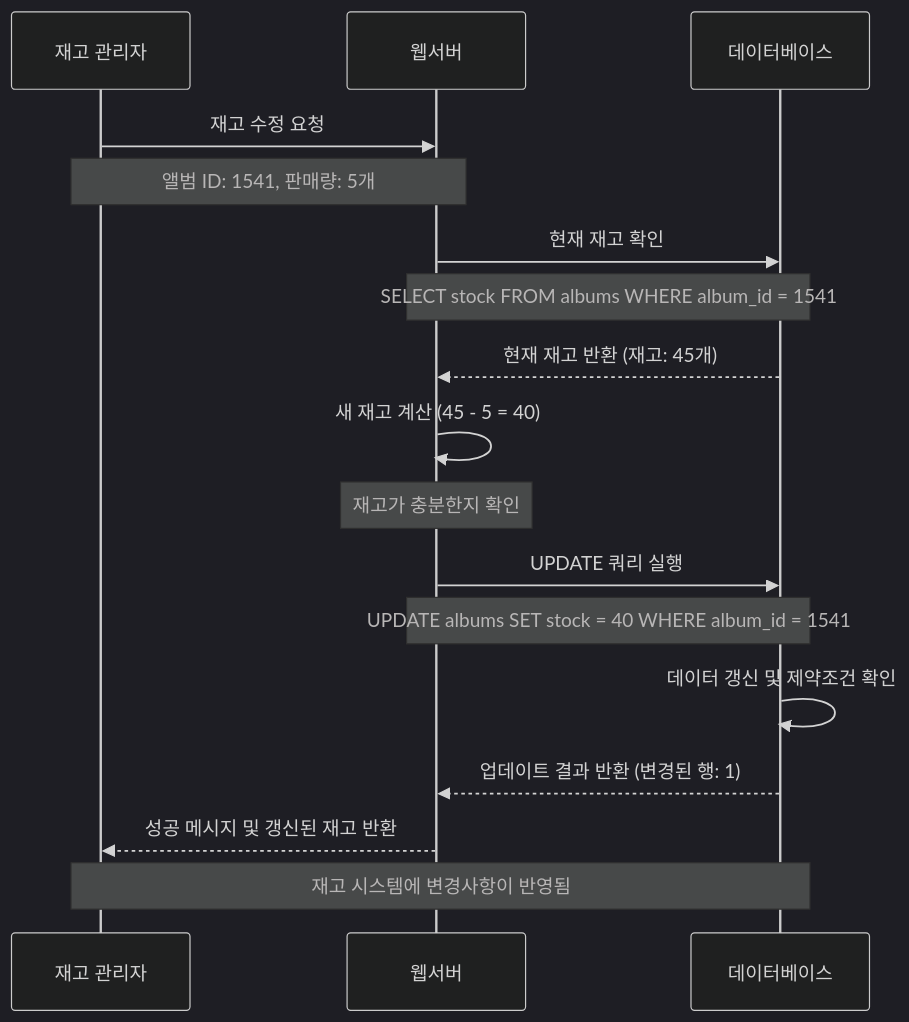
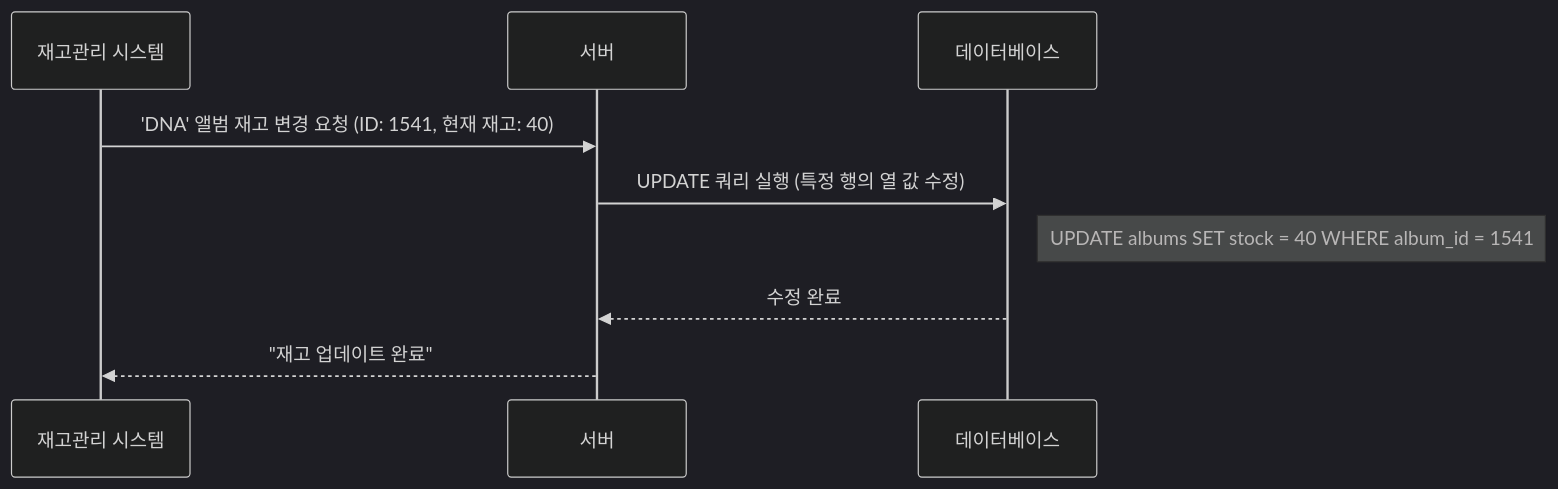
The third of 5 diagrams in Chapter I. 기반지식 학습/1. 기초 CS 이론/1. IT 리터러시/3. 데이터베이스와 REST API.md (hanaoverride/data-scientist-cookbook-for-korean), drawn with Mermaid (dark theme) before and after one commit. The commit also changed other lines of this file and 132 other files, not shown here.

````diff
--- a/Chapter I. 기반지식 학습/1. 기초 CS 이론/1. IT 리터러시/3. 데이터베이스와 REST API.md
+++ b/Chapter I. 기반지식 학습/1. 기초 CS 이론/1. IT 리터러시/3. 데이터베이스와 REST API.md
@@ -155,27 +89,12 @@
 ```mermaid
 sequenceDiagram
-    participant M as 재고 관리자
-    participant S as 웹서버
+    participant System as 재고관리 시스템
+    participant Server as 서버
     participant DB as 데이터베이스
     
-    M->>S: 재고 수정 요청
-    Note over M,S: 앨범 ID: 1541, 판매량: 5개
-    
-    S->>DB: 현재 재고 확인
-    Note over S,DB: SELECT stock FROM albums WHERE album_id = 1541
-    
-    DB-->>S: 현재 재고 반환 (재고: 45개)
-    
-    S->>S: 새 재고 계산 (45 - 5 = 40)
-    Note over S: 재고가 충분한지 확인
-    
-    S->>DB: UPDATE 쿼리 실행
-    Note over S,DB: UPDATE albums SET stock = 40 WHERE album_id = 1541
-    
-    DB->>DB: 데이터 갱신 및 제약조건 확인
-    
-    DB-->>S: 업데이트 결과 반환 (변경된 행: 1)
-    S-->>M: 성공 메시지 및 갱신된 재고 반환
-    
-    Note over M,DB: 재고 시스템에 변경사항이 반영됨
+    System->>Server: 'DNA' 앨범 재고 변경 요청 (ID: 1541, 현재 재고: 40)
+    Server->>DB: UPDATE 쿼리 실행 (특정 행의 열 값 수정)
+    Note right of DB: UPDATE albums SET stock = 40 WHERE album_id = 1541;
+    DB-->>Server: 수정 완료
+    Server-->>System: "재고 업데이트 완료"
 ```
````
